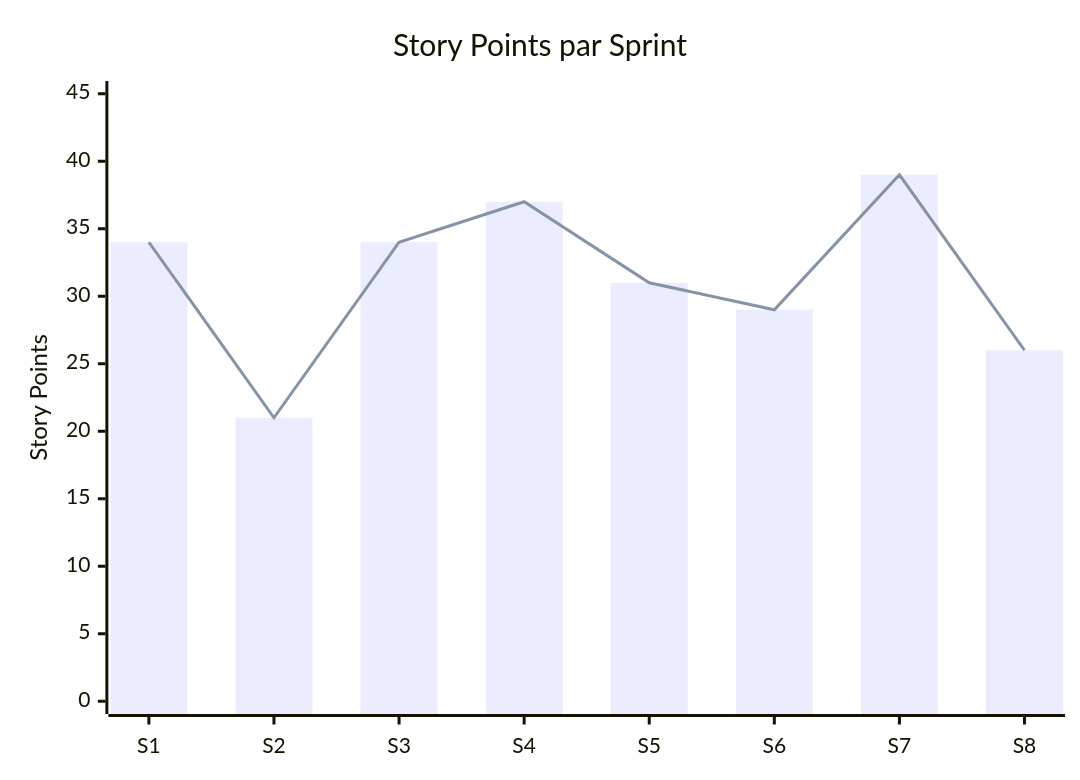
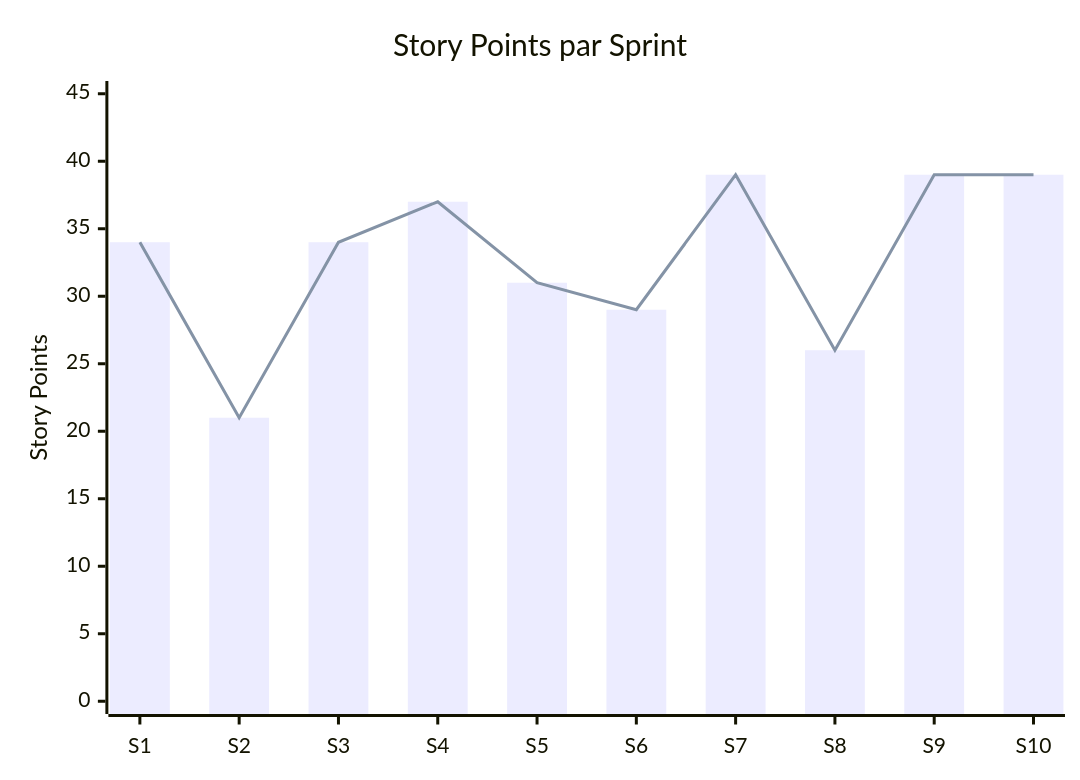
One commit to Boussyf0/MediSense-AI changed the seventh of 21 diagrams in docs/METHODOLOGIE.md. Above: the diagram before and after it, drawn with Mermaid. The commit also changed other lines of this file, not shown here.

````diff
--- a/docs/METHODOLOGIE.md
+++ b/docs/METHODOLOGIE.md
@@ -379,8 +433,8 @@
 ```mermaid
 xychart-beta
     title "Story Points par Sprint"
-    x-axis ["S1", "S2", "S3", "S4", "S5", "S6", "S7", "S8"]
+    x-axis ["S1", "S2", "S3", "S4", "S5", "S6", "S7", "S8", "S9", "S10"]
     y-axis "Story Points" 0 --> 45
-    bar  [34, 21, 34, 37, 31, 29, 39, 26]
-    line [34, 21, 34, 37, 31, 29, 39, 26]
+    bar  [34, 21, 34, 37, 31, 29, 39, 26, 39, 39]
+    line [34, 21, 34, 37, 31, 29, 39, 26, 39, 39]
 ```
````
